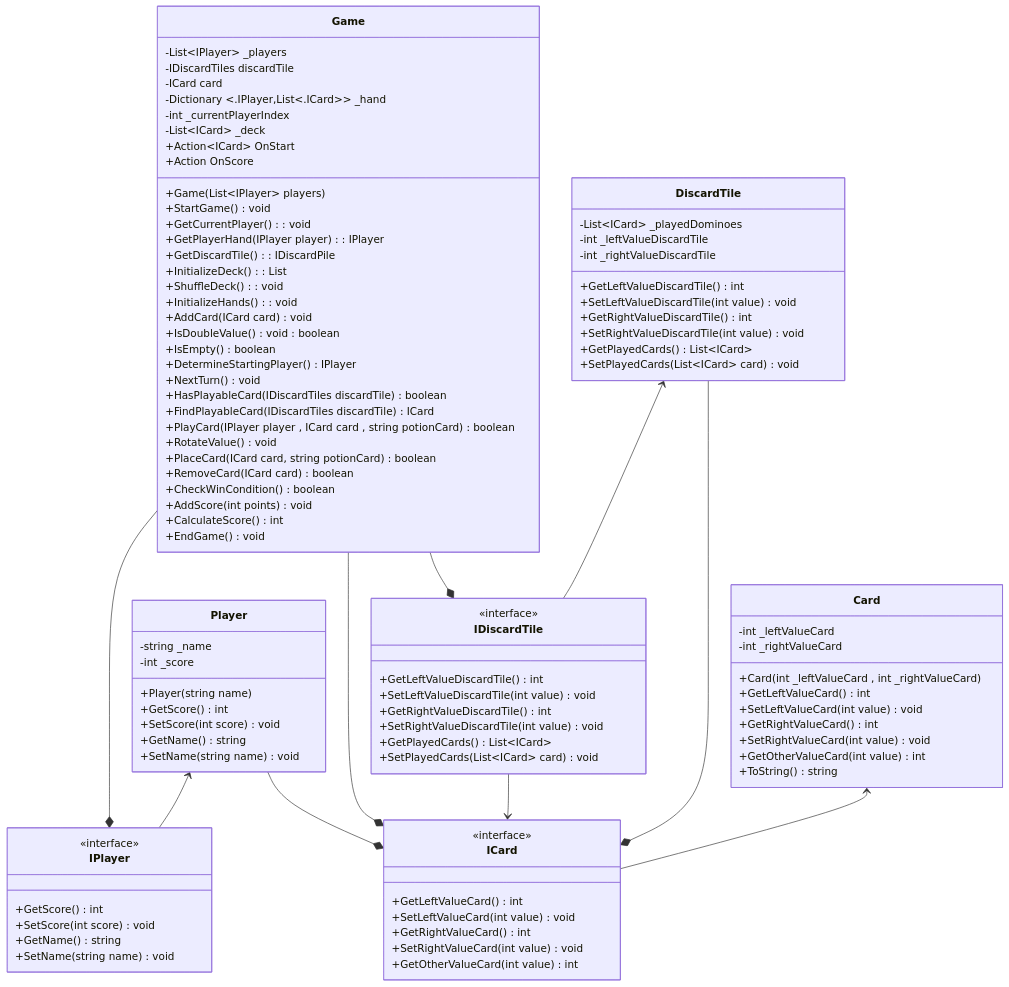
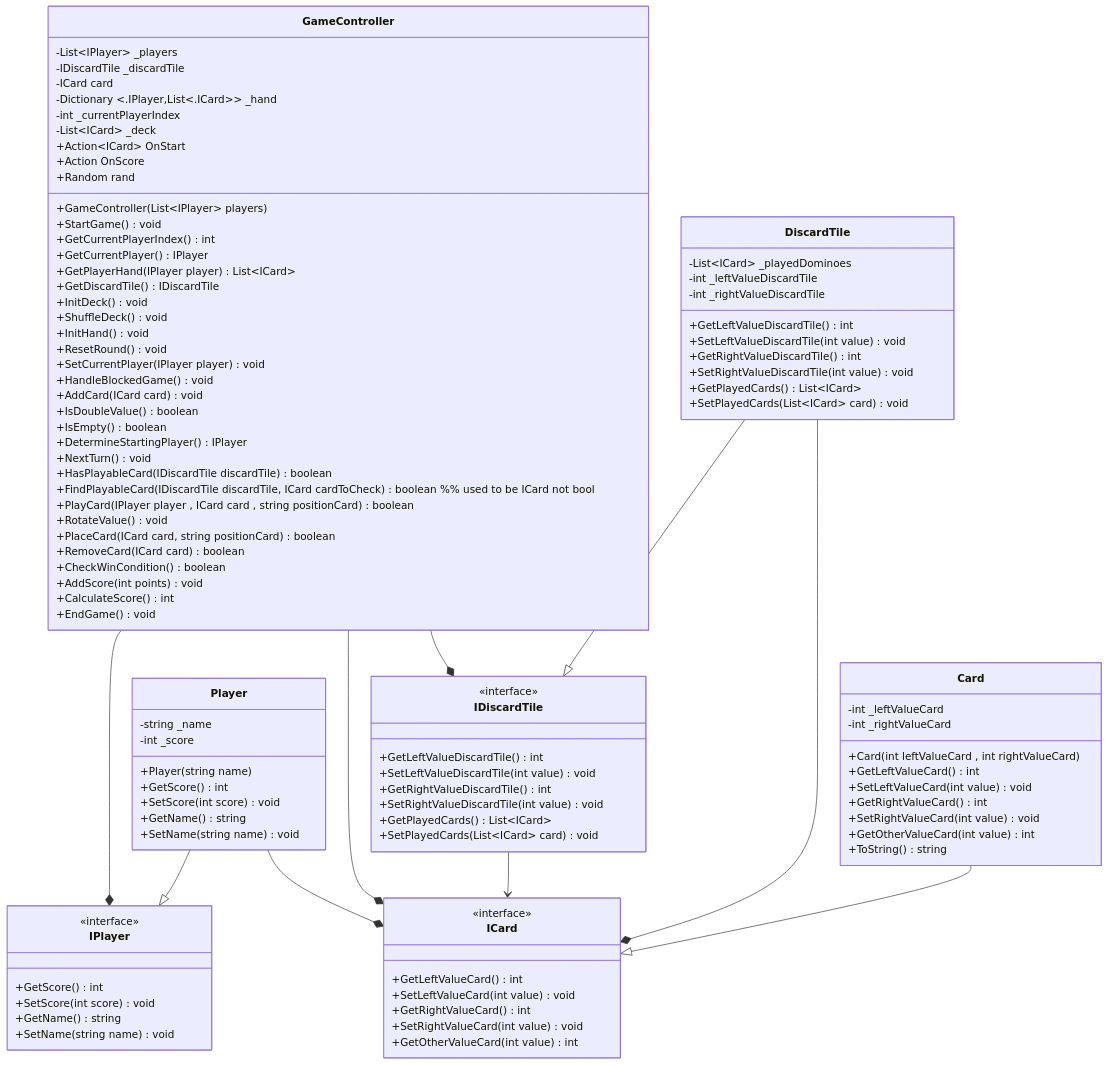
One commit to allanbil214/DominoWPF changed the diagram in DominoWPF/diagram/diagram.mmd. Above: the diagram before and after it, drawn with Mermaid.

Commit message:
mmd update

```diff
--- a/DominoWPF/diagram/diagram.mmd
+++ b/DominoWPF/diagram/diagram.mmd
@@ -1,120 +1,107 @@
 classDiagram
-class Game {
+class GameController {
     -List~IPlayer~ _players
-    -IDiscardTiles discardTile 
+    -IDiscardTile _discardTile 
     -ICard card
     -Dictionary <.IPlayer,List<.ICard>> _hand
     -int _currentPlayerIndex
     -List~ICard~ _deck
     +Action~ICard~ OnStart
     +Action OnScore
-    +Game(List~IPlayer~ players)
+    +Random rand
+    +GameController(List~IPlayer~ players)
     +StartGame() void
-
-    %% new func
-    +GetCurrentPlayer() : void
-    +GetPlayerHand(IPlayer player) : IPlayer
-    +GetDiscardTile() : IDiscardPile
-    +InitializeDeck() : List<ICard>
-    +ShuffleDeck() : void
-    +InitializeHands() : void
-    %% end new fun
-
+    %% new func not in class diagram
+    +GetCurrentPlayerIndex() int
+    +GetCurrentPlayer() IPlayer
+    +GetPlayerHand(IPlayer player) List~ICard~
+    +GetDiscardTile() IDiscardTile
+    +InitDeck() void
+    +ShuffleDeck() void
+    +InitHand() void
+    +ResetRound() void
+    +SetCurrentPlayer(IPlayer player) void
+    +HandleBlockedGame() void
+    %% end of new func not in class diagram
     +AddCard(ICard card) void
-    +IsDoubleValue() void : boolean
+    +IsDoubleValue() boolean
     +IsEmpty() boolean
     +DetermineStartingPlayer() IPlayer
     +NextTurn() void
-    +HasPlayableCard(IDiscardTiles discardTile) boolean
-    +FindPlayableCard(IDiscardTiles discardTile) ICard
-    +PlayCard(IPlayer player , ICard card , string potionCard) boolean
-    +RotateValue()  void 
-    +PlaceCard(ICard card, string potionCard) boolean  
+    +HasPlayableCard(IDiscardTile discardTile) boolean
+    +FindPlayableCard(IDiscardTile discardTile, ICard cardToCheck) boolean %% used to be ICard not bool
+    +PlayCard(IPlayer player , ICard card , string positionCard) boolean
+    +RotateValue() void 
+    +PlaceCard(ICard card, string positionCard) boolean  
     +RemoveCard(ICard card) boolean
     +CheckWinCondition() boolean
     +AddScore(int points) void
     +CalculateScore() int
     +EndGame() void
 }
-
 class Player {
     -string _name
     -int _score
     +Player(string name)
     +GetScore() int
     +SetScore(int score) void
     +GetName() string
     +SetName(string name) void
 }
-
 class Card {
     -int _leftValueCard
     -int _rightValueCard
-    +Card(int _leftValueCard , int _rightValueCard)
+    +Card(int leftValueCard , int rightValueCard)
     +GetLeftValueCard() int
     +SetLeftValueCard(int value) void
     +GetRightValueCard() int
     +SetRightValueCard(int value) void
     +GetOtherValueCard(int value) int
     +ToString() string
 }
-
-%% class Hand {
-%%     -List~ICard~ _card
-%%     +GetCards(): List~ICard~
-    
-%% }
-
 class DiscardTile {
     -List~ICard~ _playedDominoes 
     -int _leftValueDiscardTile
     -int _rightValueDiscardTile
     +GetLeftValueDiscardTile() int
     +SetLeftValueDiscardTile(int value) void
     +GetRightValueDiscardTile() int
     +SetRightValueDiscardTile(int value) void
     +GetPlayedCards() List~ICard~
     +SetPlayedCards(List~ICard~ card) void
 }
-
 class IDiscardTile {
     <<interface>>
     +GetLeftValueDiscardTile() int
     +SetLeftValueDiscardTile(int value) void
     +GetRightValueDiscardTile() int
     +SetRightValueDiscardTile(int value) void
     +GetPlayedCards() List~ICard~
     +SetPlayedCards(List~ICard~ card) void
-
 }
 class IPlayer {
     <<interface>>
     +GetScore() int
     +SetScore(int score) void
     +GetName() string
     +SetName(string name) void
 }
 class ICard {
     <<interface>>
     +GetLeftValueCard() int
     +SetLeftValueCard(int value) void
     +GetRightValueCard() int
     +SetRightValueCard(int value) void
     +GetOtherValueCard(int value) int
 }
 %%implementasi
-DiscardTile <-- IDiscardTile
-Player <-- IPlayer
-Card <-- ICard
+DiscardTile --|> IDiscardTile
+Player --|> IPlayer
+Card --|> ICard
 %%assosiation
 DiscardTile --* ICard
 IDiscardTile --> ICard
-Game --* IPlayer
-Game --* IDiscardTile
-Game --* ICard
-Player --*ICard
-%% Game "1" -- "*" IPlayer : contains
-%% Game "1" -- "1" Board : uses
-%% Player "1" -- "1" Hand : has
-%% Hand "1" -- "*" Card : contains
-%% Board "1" -- "*" Card : displays
+GameController --* IPlayer
+GameController --* IDiscardTile
+GameController --* ICard
+Player --* ICard
```
